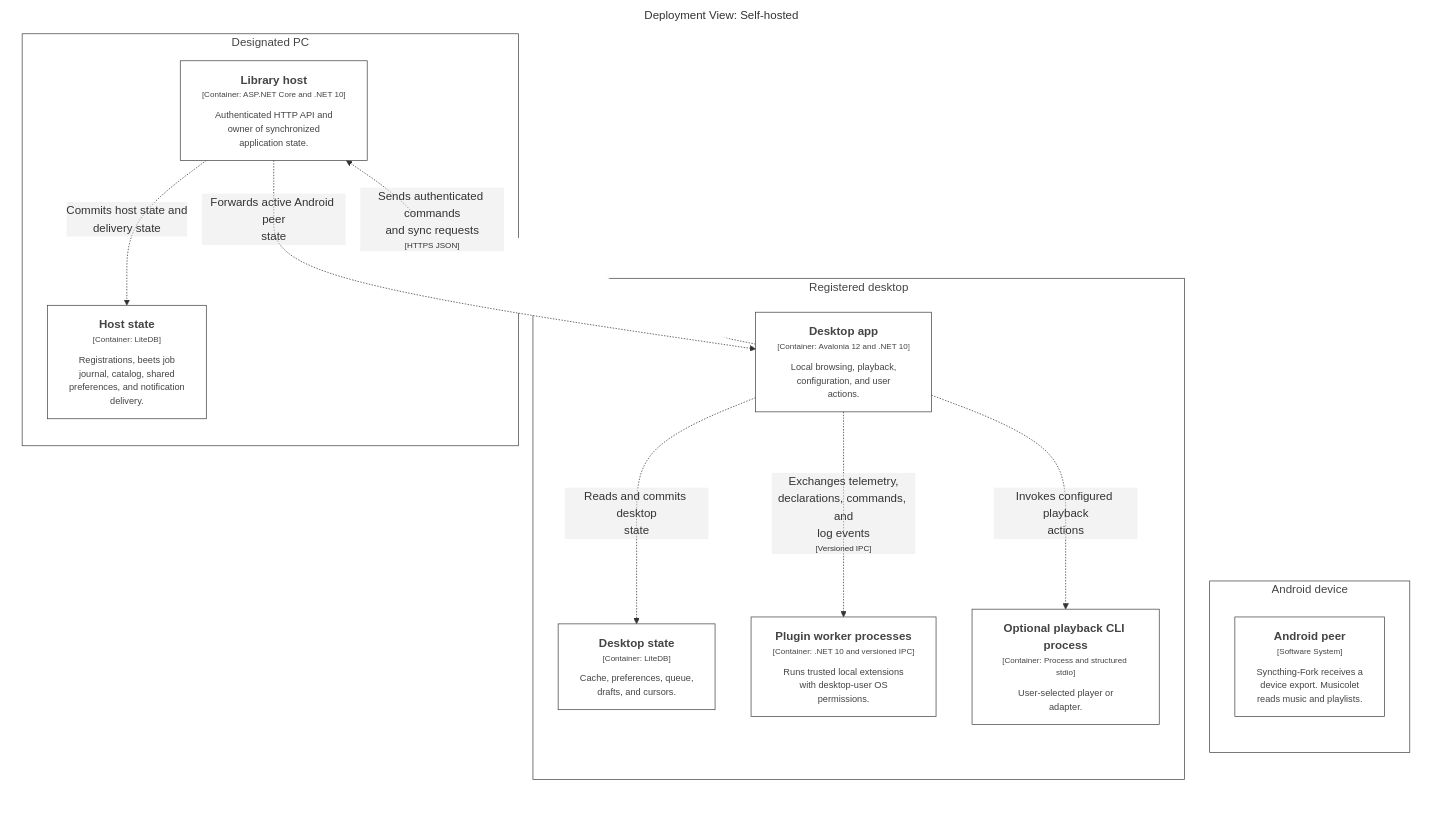
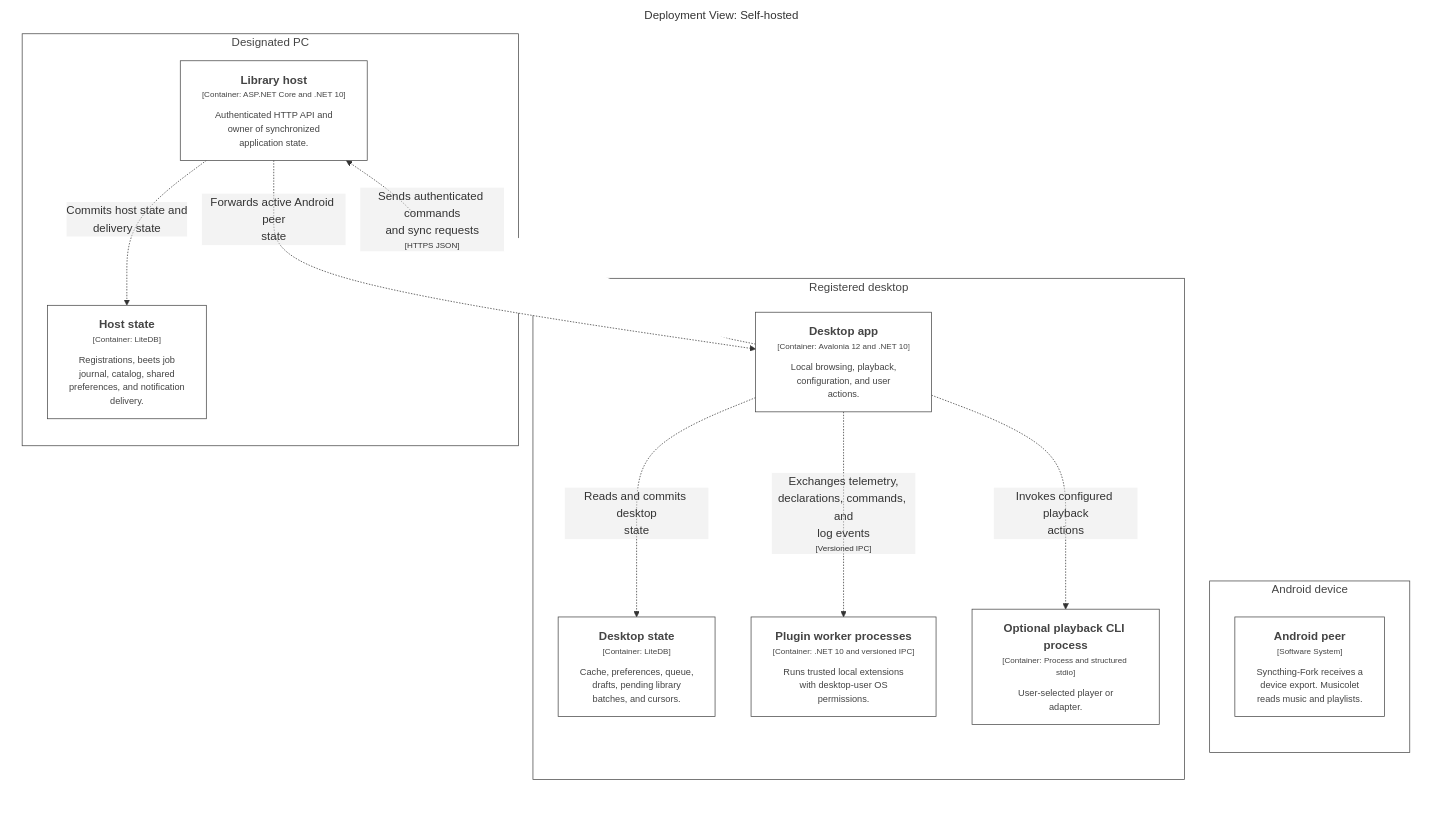
The seventh of 13 diagrams in docs/Project/wiki/github/C4-Views.md (sharpninja/beets-man), drawn with Mermaid before and after one commit. The commit also changed other lines of this file and 486 other files, not shown here.

````diff
--- a/docs/Project/wiki/github/C4-Views.md
+++ b/docs/Project/wiki/github/C4-Views.md
@@ -424,45 +640,45 @@
 ```mermaid
 graph LR
   linkStyle default fill:#ffffff
 
   subgraph diagram ["Deployment View: Self-hosted"]
     style diagram fill:#ffffff,stroke:#ffffff
 
-    subgraph 211 ["Designated PC"]
-      style 211 fill:#ffffff,stroke:#444444,color:#444444
+    subgraph 382 ["Designated PC"]
+      style 382 fill:#ffffff,stroke:#444444,color:#444444
 
-      212["<div style='font-weight: bold'>Library host</div><div style='font-size: 70%; margin-top: 0px'>[Container: ASP.NET Core and .NET 10]</div><div style='font-size: 80%; margin-top:10px'>Authenticated HTTP API and<br />owner of synchronized<br />application state.</div>"]
-      style 212 fill:#ffffff,stroke:#444444,color:#444444
-      213["<div style='font-weight: bold'>Host state</div><div style='font-size: 70%; margin-top: 0px'>[Container: LiteDB]</div><div style='font-size: 80%; margin-top:10px'>Registrations, beets job<br />journal, catalog, shared<br />preferences, and notification<br />delivery.</div>"]
-      style 213 fill:#ffffff,stroke:#444444,color:#444444
+      383["<div style='font-weight: bold'>Library host</div><div style='font-size: 70%; margin-top: 0px'>[Container: ASP.NET Core and .NET 10]</div><div style='font-size: 80%; margin-top:10px'>Authenticated HTTP API and<br />owner of synchronized<br />application state.</div>"]
+      style 383 fill:#ffffff,stroke:#444444,color:#444444
+      384["<div style='font-weight: bold'>Host state</div><div style='font-size: 70%; margin-top: 0px'>[Container: LiteDB]</div><div style='font-size: 80%; margin-top:10px'>Registrations, beets job<br />journal, catalog, shared<br />preferences, and notification<br />delivery.</div>"]
+      style 384 fill:#ffffff,stroke:#444444,color:#444444
     end
 
-    subgraph 215 ["Registered desktop"]
-      style 215 fill:#ffffff,stroke:#444444,color:#444444
+    subgraph 386 ["Registered desktop"]
+      style 386 fill:#ffffff,stroke:#444444,color:#444444
 
-      216["<div style='font-weight: bold'>Desktop app</div><div style='font-size: 70%; margin-top: 0px'>[Container: Avalonia 12 and .NET 10]</div><div style='font-size: 80%; margin-top:10px'>Local browsing, playback,<br />configuration, and user<br />actions.</div>"]
-      style 216 fill:#ffffff,stroke:#444444,color:#444444
-      219["<div style='font-weight: bold'>Desktop state</div><div style='font-size: 70%; margin-top: 0px'>[Container: LiteDB]</div><div style='font-size: 80%; margin-top:10px'>Cache, preferences, queue,<br />drafts, and cursors.</div>"]
-      style 219 fill:#ffffff,stroke:#444444,color:#444444
-      221["<div style='font-weight: bold'>Plugin worker processes</div><div style='font-size: 70%; margin-top: 0px'>[Container: .NET 10 and versioned IPC]</div><div style='font-size: 80%; margin-top:10px'>Runs trusted local extensions<br />with desktop-user OS<br />permissions.</div>"]
-      style 221 fill:#ffffff,stroke:#444444,color:#444444
-      223["<div style='font-weight: bold'>Optional playback CLI process</div><div style='font-size: 70%; margin-top: 0px'>[Container: Process and structured stdio]</div><div style='font-size: 80%; margin-top:10px'>User-selected player or<br />adapter.</div>"]
-      style 223 fill:#ffffff,stroke:#444444,color:#444444
+      387["<div style='font-weight: bold'>Desktop app</div><div style='font-size: 70%; margin-top: 0px'>[Container: Avalonia 12 and .NET 10]</div><div style='font-size: 80%; margin-top:10px'>Local browsing, playback,<br />configuration, and user<br />actions.</div>"]
+      style 387 fill:#ffffff,stroke:#444444,color:#444444
+      390["<div style='font-weight: bold'>Desktop state</div><div style='font-size: 70%; margin-top: 0px'>[Container: LiteDB]</div><div style='font-size: 80%; margin-top:10px'>Cache, preferences, queue,<br />drafts, pending library<br />batches, and cursors.</div>"]
+      style 390 fill:#ffffff,stroke:#444444,color:#444444
+      392["<div style='font-weight: bold'>Plugin worker processes</div><div style='font-size: 70%; margin-top: 0px'>[Container: .NET 10 and versioned IPC]</div><div style='font-size: 80%; margin-top:10px'>Runs trusted local extensions<br />with desktop-user OS<br />permissions.</div>"]
+      style 392 fill:#ffffff,stroke:#444444,color:#444444
+      394["<div style='font-weight: bold'>Optional playback CLI process</div><div style='font-size: 70%; margin-top: 0px'>[Container: Process and structured stdio]</div><div style='font-size: 80%; margin-top:10px'>User-selected player or<br />adapter.</div>"]
+      style 394 fill:#ffffff,stroke:#444444,color:#444444
     end
 
-    subgraph 225 ["Android device"]
-      style 225 fill:#ffffff,stroke:#444444,color:#444444
+    subgraph 396 ["Android device"]
+      style 396 fill:#ffffff,stroke:#444444,color:#444444
 
-      226["<div style='font-weight: bold'>Android peer</div><div style='font-size: 70%; margin-top: 0px'>[Software System]</div><div style='font-size: 80%; margin-top:10px'>Syncthing-Fork receives a<br />device export. Musicolet<br />reads music and playlists.</div>"]
-      style 226 fill:#ffffff,stroke:#444444,color:#444444
+      397["<div style='font-weight: bold'>Android peer</div><div style='font-size: 70%; margin-top: 0px'>[Software System]</div><div style='font-size: 80%; margin-top:10px'>Syncthing-Fork receives a<br />device export. Musicolet<br />reads music and playlists.</div>"]
+      style 397 fill:#ffffff,stroke:#444444,color:#444444
     end
 
-    212-. "<div>Commits host state and<br />delivery state</div><div style='font-size: 70%'></div>" .->213
-    216-. "<div>Sends authenticated commands<br />and sync requests</div><div style='font-size: 70%'>[HTTPS JSON]</div>" .->212
-    212-. "<div>Forwards active Android peer<br />state</div><div style='font-size: 70%'></div>" .->216
-    216-. "<div>Reads and commits desktop<br />state</div><div style='font-size: 70%'></div>" .->219
-    216-. "<div>Exchanges telemetry,<br />declarations, commands, and<br />log events</div><div style='font-size: 70%'>[Versioned IPC]</div>" .->221
-    216-. "<div>Invokes configured playback<br />actions</div><div style='font-size: 70%'></div>" .->223
+    383-. "<div>Commits host state and<br />delivery state</div><div style='font-size: 70%'></div>" .->384
+    387-. "<div>Sends authenticated commands<br />and sync requests</div><div style='font-size: 70%'>[HTTPS JSON]</div>" .->383
+    383-. "<div>Forwards active Android peer<br />state</div><div style='font-size: 70%'></div>" .->387
+    387-. "<div>Reads and commits desktop<br />state</div><div style='font-size: 70%'></div>" .->390
+    387-. "<div>Exchanges telemetry,<br />declarations, commands, and<br />log events</div><div style='font-size: 70%'>[Versioned IPC]</div>" .->392
+    387-. "<div>Invokes configured playback<br />actions</div><div style='font-size: 70%'></div>" .->394
 
   end
 ```
````
